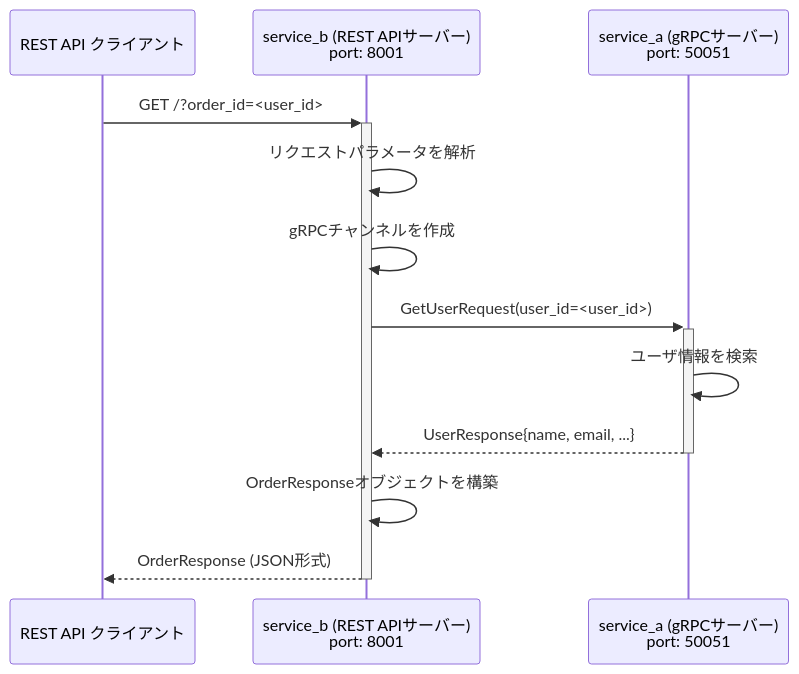
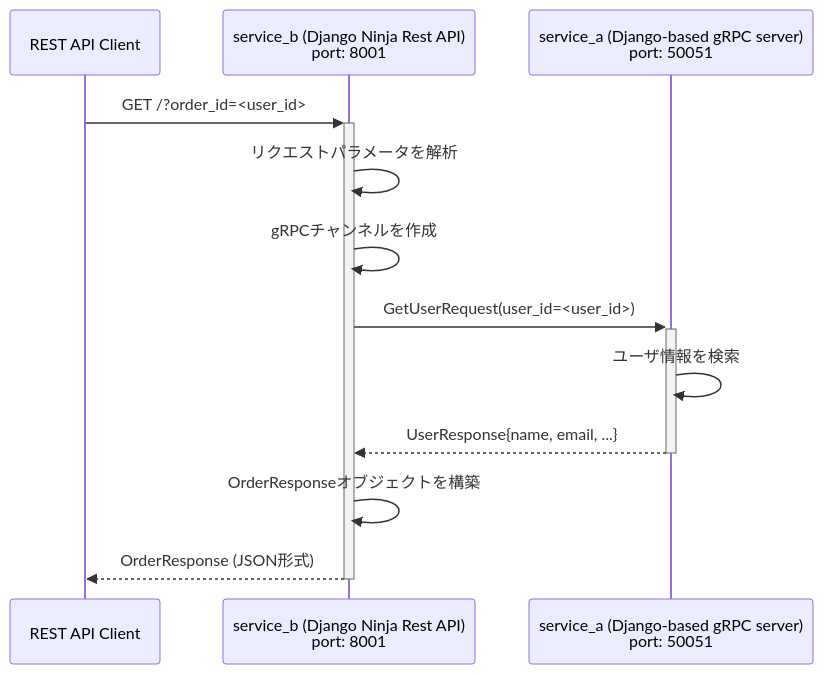
Before and after one commit to K-dash/django-ninja-to-grpc-migration-example: the diagram in README.md, drawn with Mermaid. The commit also changed other lines of this file, not shown here.

````diff
--- a/README.md
+++ b/README.md
@@ -45,20 +44,20 @@
 ```mermaid
 sequenceDiagram
-    participant Client as REST API クライアント
-    participant ServiceB as service_b (REST APIサーバー)<br>port: 8001
-    participant ServiceA as service_a (gRPCサーバー)<br>port: 50051
+    participant Client as REST API Client
+    participant ServiceB as service_b (Django Ninja Rest API)<br>port: 8001
+    participant ServiceA as service_a (Django-based gRPC server)<br>port: 50051
 
     Client->>+ServiceB: GET /?order_id=<user_id>
 
     ServiceB->>ServiceB: リクエストパラメータを解析
 
     ServiceB->>ServiceB: gRPCチャンネルを作成
     ServiceB->>+ServiceA: GetUserRequest(user_id=<user_id>)
 
     ServiceA->>ServiceA: ユーザ情報を検索
     ServiceA-->>-ServiceB: UserResponse{name, email, ...}
 
     ServiceB->>ServiceB: OrderResponseオブジェクトを構築
     ServiceB-->>-Client: OrderResponse (JSON形式)
 
 ```
````
